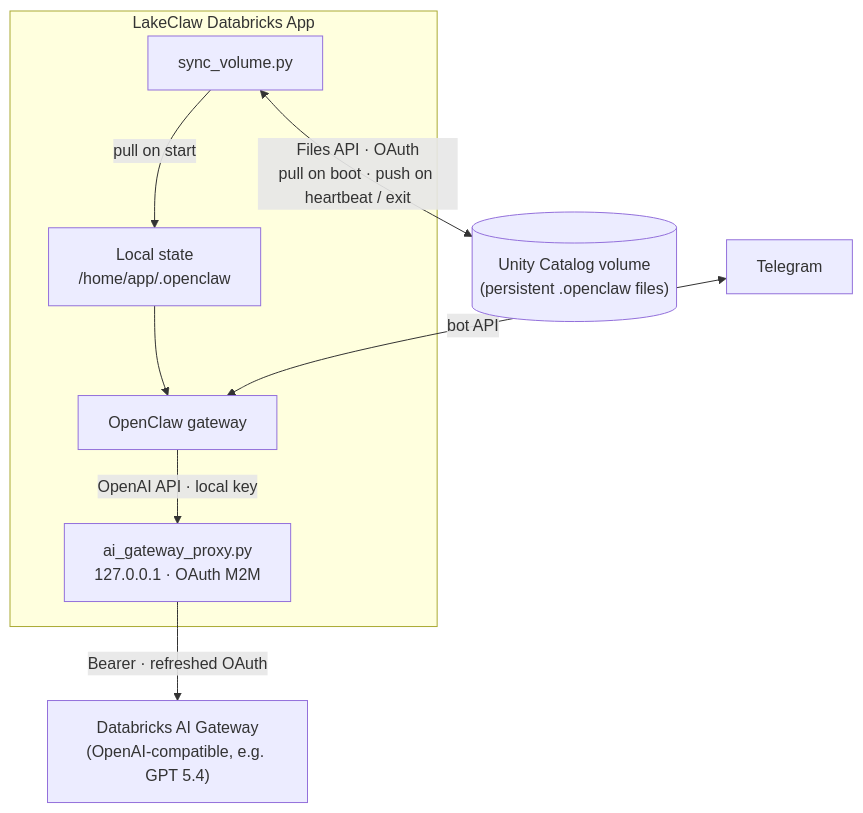
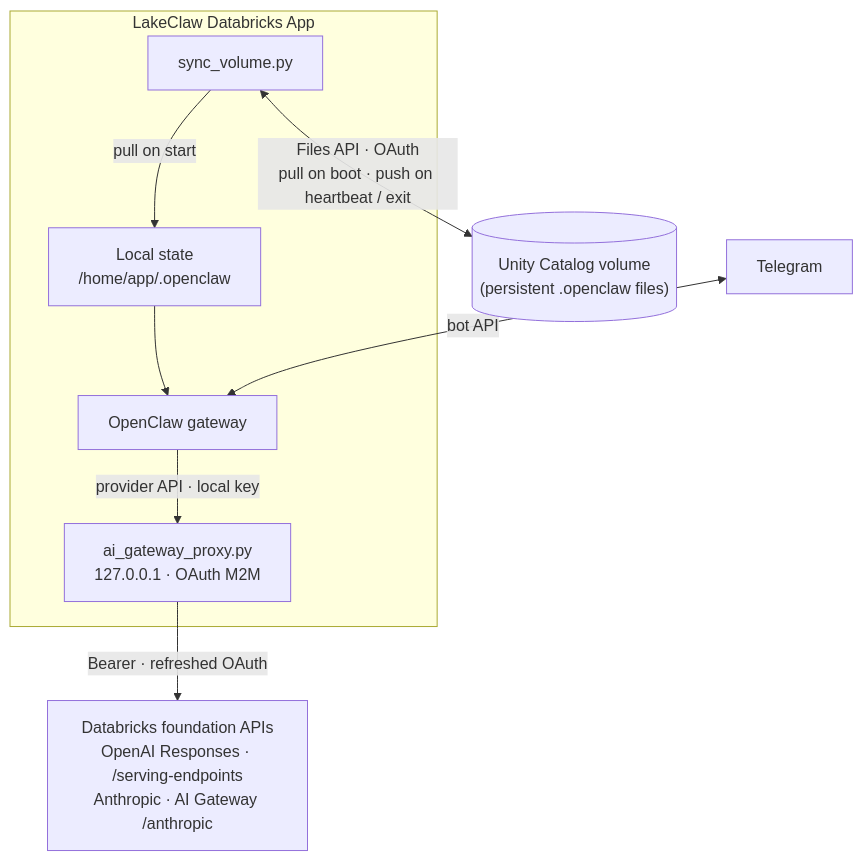
One commit to mik3lol/lakeclaw changed the diagram in README.md. Above: the diagram before and after it, drawn with Mermaid. The commit also changed other lines of this file and 2 other files, not shown here.

First line of the commit message:
Route OpenAI Responses through pay-per-token serving-endpoints

````diff
--- a/README.md
+++ b/README.md
@@ -11,22 +11,22 @@
 ```mermaid
 flowchart TB
   TG[Telegram]
 
   subgraph App["LakeClaw Databricks App"]
     GW[OpenClaw gateway]
     PX["ai_gateway_proxy.py<br/>127.0.0.1 · OAuth M2M"]
     DISK["Local state<br/>/home/app/.openclaw"]
     SYNC["sync_volume.py"]
 
     SYNC -->|"pull on start"| DISK
     DISK --> GW
   end
 
-  AIGW["Databricks AI Gateway<br/>(OpenAI-compatible, e.g. GPT 5.4)"]
+  FMA["Databricks foundation APIs<br/>OpenAI Responses · /serving-endpoints<br/>Anthropic · AI Gateway /anthropic"]
   VOL[("Unity Catalog volume<br/>(persistent .openclaw files)")]
 
   TG <-->|"bot API"| GW
-  GW -->|"OpenAI API · local key"| PX
-  PX -->|"Bearer · refreshed OAuth"| AIGW
+  GW -->|"provider API · local key"| PX
+  PX -->|"Bearer · refreshed OAuth"| FMA
   SYNC <-->|"Files API · OAuth<br/>pull on boot · push on heartbeat / exit"| VOL
 ```
````
